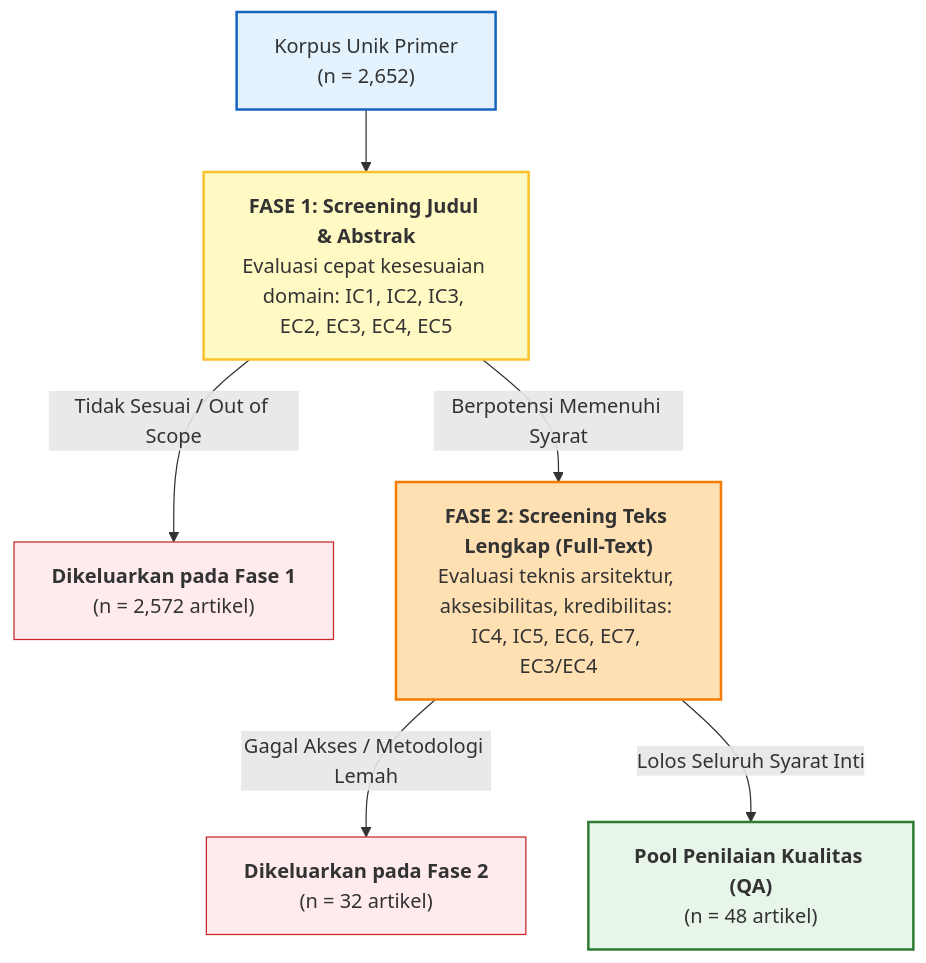
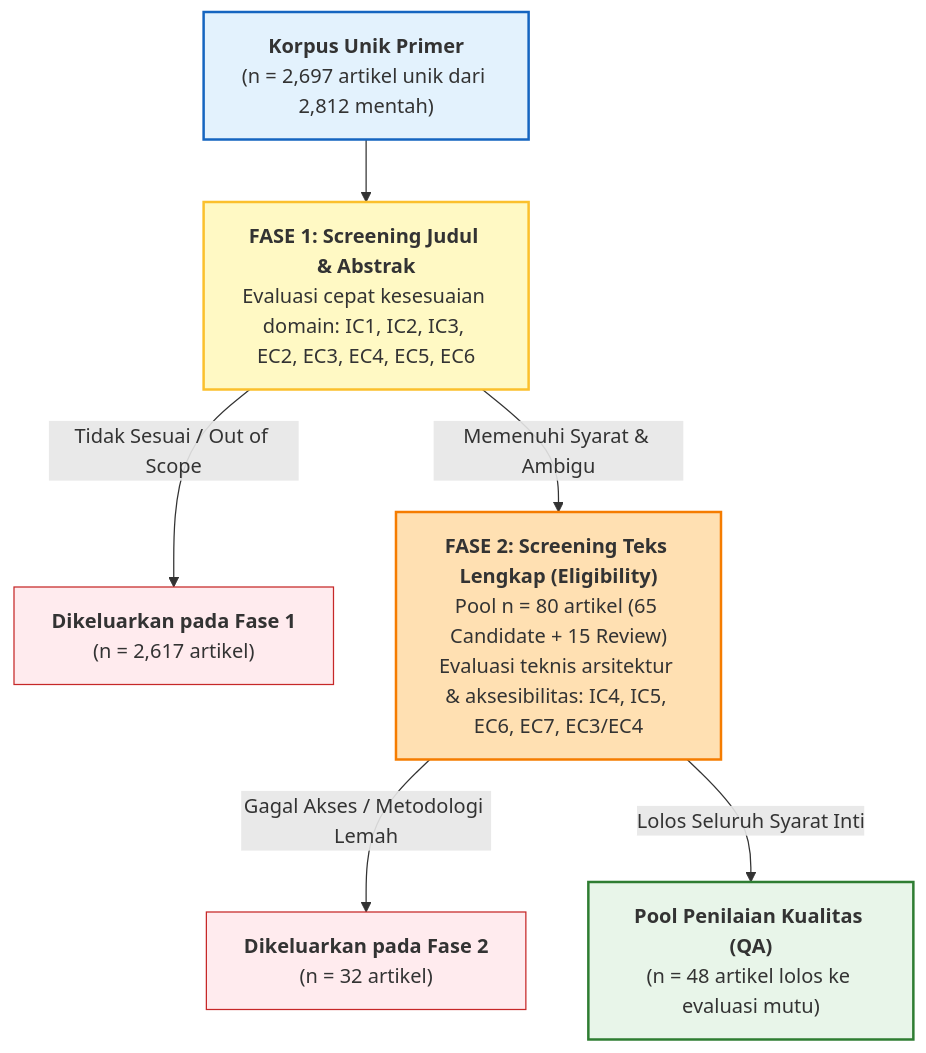
Before and after one commit to aryarefman/penulisan-ilmiah: the first of 2 diagrams in 03_SCREENING_DAN_SELEKSI.md, drawn with Mermaid. The commit also changed other lines of this file and 18 other files, not shown here.

````diff
--- a/03_SCREENING_DAN_SELEKSI.md
+++ b/03_SCREENING_DAN_SELEKSI.md
@@ -14,15 +14,15 @@
 ```mermaid
 flowchart TD
-    Start["Korpus Unik Primer<br>(n = 2,652)"] --> S1["<b>FASE 1: Screening Judul & Abstrak</b><br>Evaluasi cepat kesesuaian domain: IC1, IC2, IC3, EC2, EC3, EC4, EC5"]
-    S1 -->|Tidak Sesuai / Out of Scope| Ex1["<b>Dikeluarkan pada Fase 1</b><br>(n = 2,572 artikel)"]
-    S1 -->|Berpotensi Memenuhi Syarat| S2["<b>FASE 2: Screening Teks Lengkap (Full-Text)</b><br>Evaluasi teknis arsitektur, aksesibilitas, kredibilitas: IC4, IC5, EC6, EC7, EC3/EC4"]
+    Start["<b>Korpus Unik Primer</b><br>(n = 2,697 artikel unik dari 2,812 mentah)"] --> S1["<b>FASE 1: Screening Judul & Abstrak</b><br>Evaluasi cepat kesesuaian domain: IC1, IC2, IC3, EC2, EC3, EC4, EC5, EC6"]
+    S1 -->|Tidak Sesuai / Out of Scope| Ex1["<b>Dikeluarkan pada Fase 1</b><br>(n = 2,617 artikel)"]
+    S1 -->|Memenuhi Syarat & Ambigu| S2["<b>FASE 2: Screening Teks Lengkap (Eligibility)</b><br>Pool n = 80 artikel (65 Candidate + 15 Review)<br>Evaluasi teknis arsitektur & aksesibilitas: IC4, IC5, EC6, EC7, EC3/EC4"]
     S2 -->|Gagal Akses / Metodologi Lemah| Ex2["<b>Dikeluarkan pada Fase 2</b><br>(n = 32 artikel)"]
-    S2 -->|Lolos Seluruh Syarat Inti| Pool["<b>Pool Penilaian Kualitas (QA)</b><br>(n = 48 artikel)"]
+    S2 -->|Lolos Seluruh Syarat Inti| Pool["<b>Pool Penilaian Kualitas (QA)</b><br>(n = 48 artikel lolos ke evaluasi mutu)"]
 
     style Start fill:#e3f2fd,stroke:#1565c0,stroke-width:2px
     style S1 fill:#fff9c4,stroke:#fbc02d,stroke-width:2px
     style S2 fill:#ffe0b2,stroke:#f57c00,stroke-width:2px
     style Ex1 fill:#ffebee,stroke:#c62828
     style Ex2 fill:#ffebee,stroke:#c62828
     style Pool fill:#e8f5e9,stroke:#2e7d32,stroke-width:2px
 ```
````
